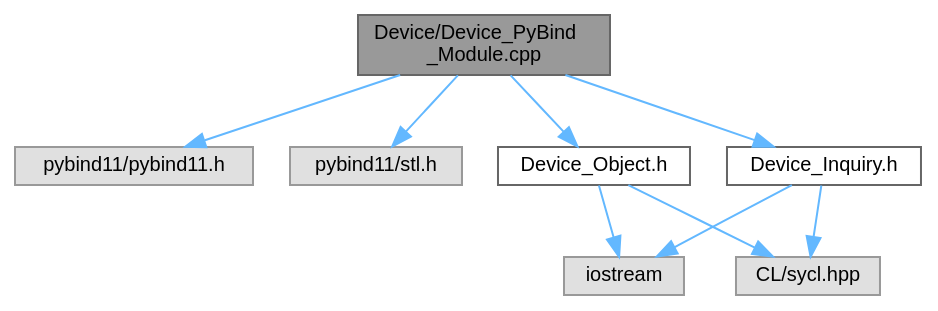
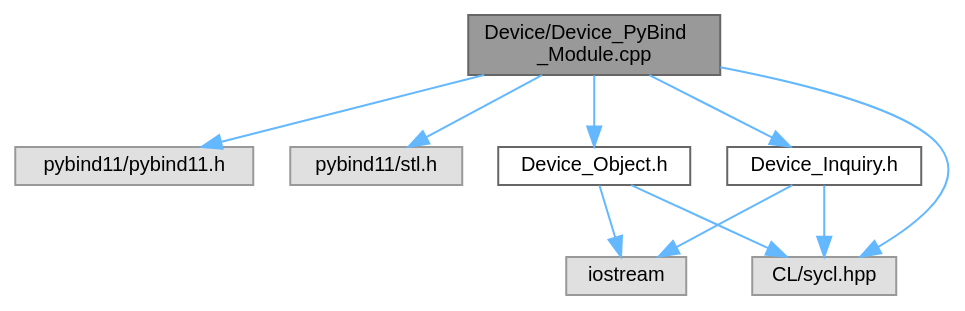
One commit to OsmanAEG/PySYCL changed the diagram in docs/PySYCL_doxygen_html/_device___py_bind___module_8cpp__incl.dot. Above: the diagram before and after it, drawn with Graphviz. The commit also changed 115 other files, not shown here.

```diff
--- a/docs/PySYCL_doxygen_html/_device___py_bind___module_8cpp__incl.dot
+++ b/docs/PySYCL_doxygen_html/_device___py_bind___module_8cpp__incl.dot
@@ -1,23 +1,24 @@
 digraph "Device/Device_PyBind_Module.cpp"
 {
  // INTERACTIVE_SVG=YES
  // LATEX_PDF_SIZE
   bgcolor="transparent";
   edge [fontname=Helvetica,fontsize=10,labelfontname=Helvetica,labelfontsize=10];
   node [fontname=Helvetica,fontsize=10,shape=box,height=0.2,width=0.4];
   Node1 [id="Node000001",label="Device/Device_PyBind\l_Module.cpp",height=0.2,width=0.4,color="gray40", fillcolor="grey60", style="filled", fontcolor="black",tooltip="Python module for device in PySYCL."];
   Node1 -> Node2 [id="edge1_Node000001_Node000002",color="steelblue1",style="solid",tooltip=" "];
   Node2 [id="Node000002",label="pybind11/pybind11.h",height=0.2,width=0.4,color="grey60", fillcolor="#E0E0E0", style="filled",tooltip=" "];
   Node1 -> Node3 [id="edge2_Node000001_Node000003",color="steelblue1",style="solid",tooltip=" "];
   Node3 [id="Node000003",label="pybind11/stl.h",height=0.2,width=0.4,color="grey60", fillcolor="#E0E0E0", style="filled",tooltip=" "];
   Node1 -> Node4 [id="edge3_Node000001_Node000004",color="steelblue1",style="solid",tooltip=" "];
-  Node4 [id="Node000004",label="Device_Object.h",height=0.2,width=0.4,color="grey40", fillcolor="white", style="filled",URL="$_device___object_8h.html",tooltip="SYCL device selection in PySYCL."];
+  Node4 [id="Node000004",label="Device_Inquiry.h",height=0.2,width=0.4,color="grey40", fillcolor="white", style="filled",URL="$_device___inquiry_8h.html",tooltip="Collecting SYCL device availability and information."];
   Node4 -> Node5 [id="edge4_Node000004_Node000005",color="steelblue1",style="solid",tooltip=" "];
   Node5 [id="Node000005",label="iostream",height=0.2,width=0.4,color="grey60", fillcolor="#E0E0E0", style="filled",tooltip=" "];
   Node4 -> Node6 [id="edge5_Node000004_Node000006",color="steelblue1",style="solid",tooltip=" "];
   Node6 [id="Node000006",label="CL/sycl.hpp",height=0.2,width=0.4,color="grey60", fillcolor="#E0E0E0", style="filled",tooltip=" "];
   Node1 -> Node7 [id="edge6_Node000001_Node000007",color="steelblue1",style="solid",tooltip=" "];
-  Node7 [id="Node000007",label="Device_Inquiry.h",height=0.2,width=0.4,color="grey40", fillcolor="white", style="filled",URL="$_device___inquiry_8h.html",tooltip="Collecting SYCL device availability and information."];
+  Node7 [id="Node000007",label="Device_Object.h",height=0.2,width=0.4,color="grey40", fillcolor="white", style="filled",URL="$_device___object_8h.html",tooltip="SYCL device selection in PySYCL."];
   Node7 -> Node5 [id="edge7_Node000007_Node000005",color="steelblue1",style="solid",tooltip=" "];
   Node7 -> Node6 [id="edge8_Node000007_Node000006",color="steelblue1",style="solid",tooltip=" "];
+  Node1 -> Node6 [id="edge9_Node000001_Node000006",color="steelblue1",style="solid",tooltip=" "];
 }
```
